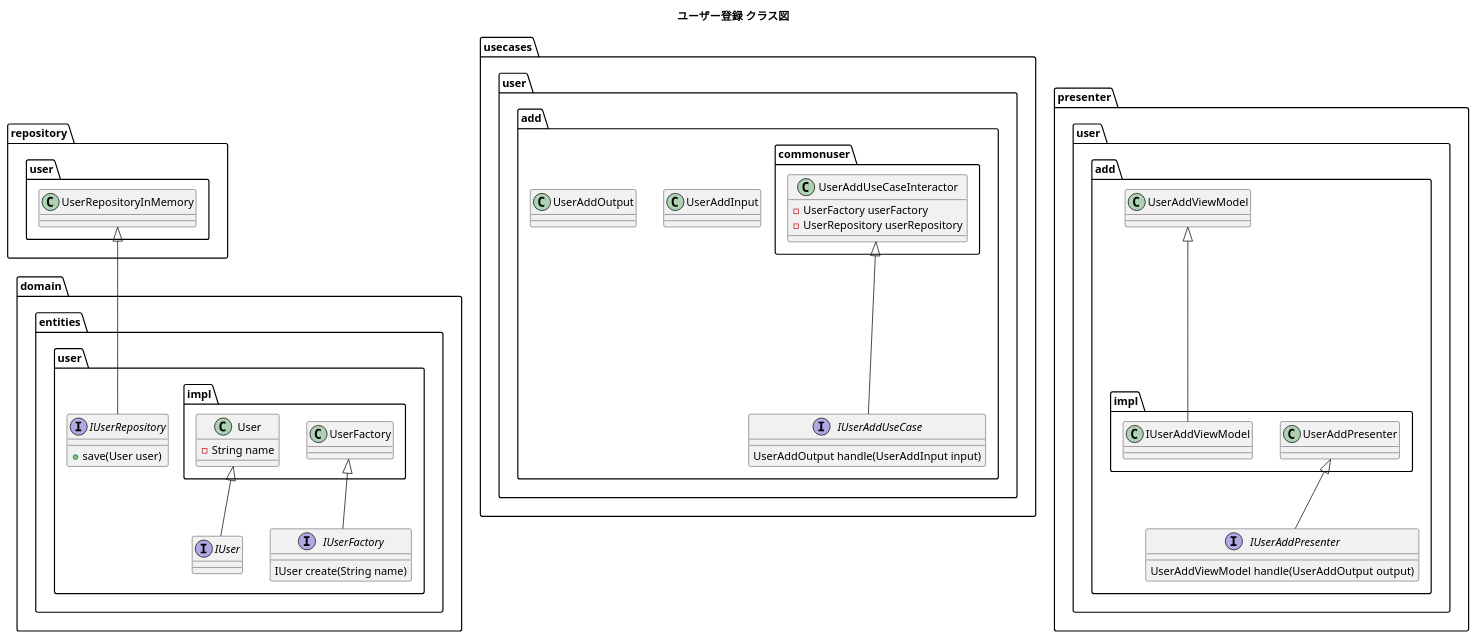
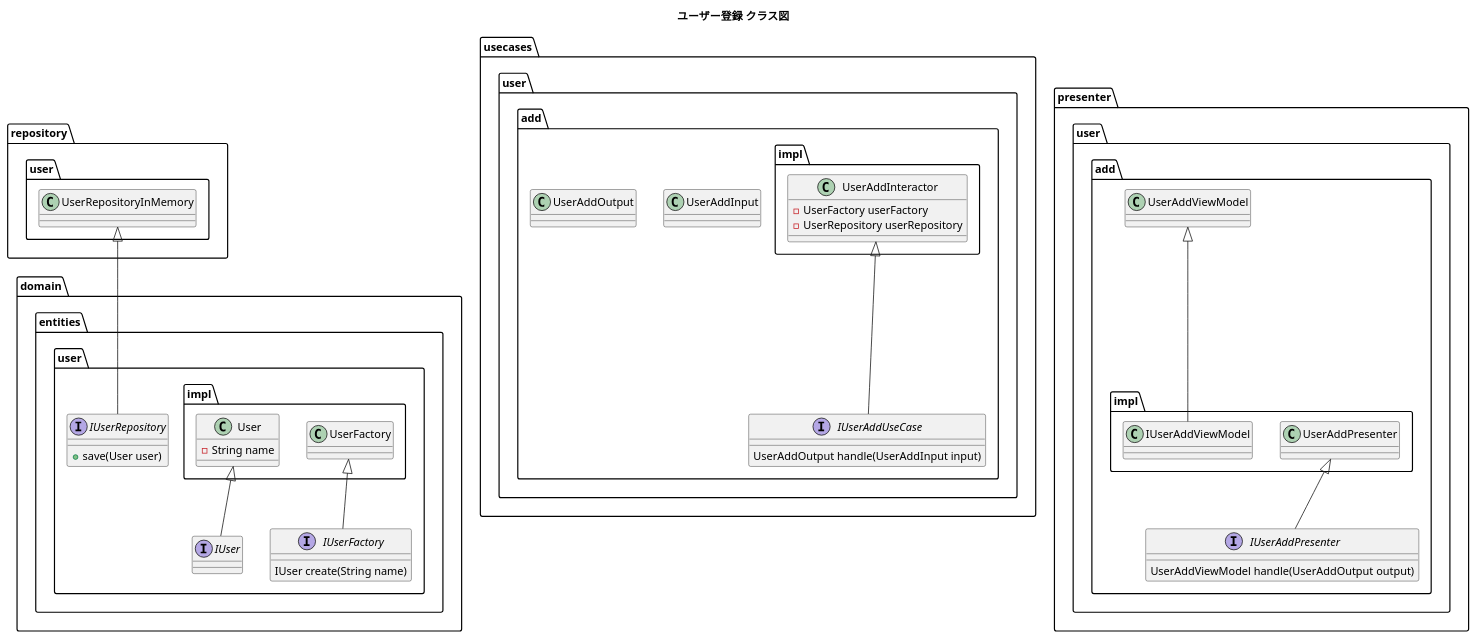
One commit to choimake/clean-architecture-with-springboot changed the diagram in docs/class.pu. Above: the diagram before and after it, drawn with PlantUML. The commit also changed 12 other files, not shown here.

```diff
--- a/docs/class.pu
+++ b/docs/class.pu
@@ -1,79 +1,79 @@
 @startuml
 title ユーザー登録 クラス図
 
 ' 参考
 ' - https://www.baeldung.com/spring-boot-clean-architecture
 ' - https://nrslib.com/clean-architecture-with-java/
 
 ' domain
 package domain.entities.user {
     ' Data Access Interface
     interface IUserRepository {
         + save(User user)
     }
 
     interface IUser
 
     interface IUserFactory {
         IUser create(String name)
     }
 
     package domain.entities.user.impl {
         User <|-- IUser
         UserFactory <|-- IUserFactory
 
         class User {
             - String name
         }
     }
 }
 
 ' usecases
 package usecases {
     package usecases.user.add {
 
         ' Input Data<DS>
         class UserAddInput
 
         ' Output Data<DS>
         class UserAddOutput
 
         ' Input Boundary
         interface IUserAddUseCase {
             UserAddOutput handle(UserAddInput input)
         }
 
-        package usecases.user.add.commonuser {
-            UserAddUseCaseInteractor <|-- IUserAddUseCase
+        package usecases.user.add.impl {
+            UserAddInteractor <|-- IUserAddUseCase
 
-            class UserAddUseCaseInteractor {
+            class UserAddInteractor {
                 - UserFactory userFactory
                 - UserRepository userRepository
             }
         }
     }
 }
 
 package presenter {
     package presenter.user.add {
         ' ViewModel
         class UserAddViewModel
         ' Output Boundary
         interface IUserAddPresenter {
             UserAddViewModel handle(UserAddOutput output)
         }
 
         package presenter.user.add.impl {
             UserAddPresenter <|-- IUserAddPresenter
             UserAddViewModel <|-- IUserAddViewModel
         }
     }
 }
 
 package repository {
     package repository.user {
         UserRepositoryInMemory <|-- IUserRepository
     }
 }
 
 @enduml
```
